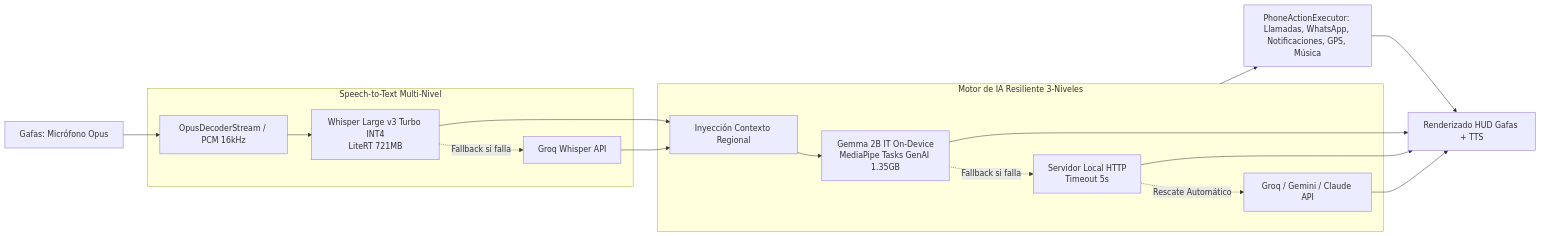
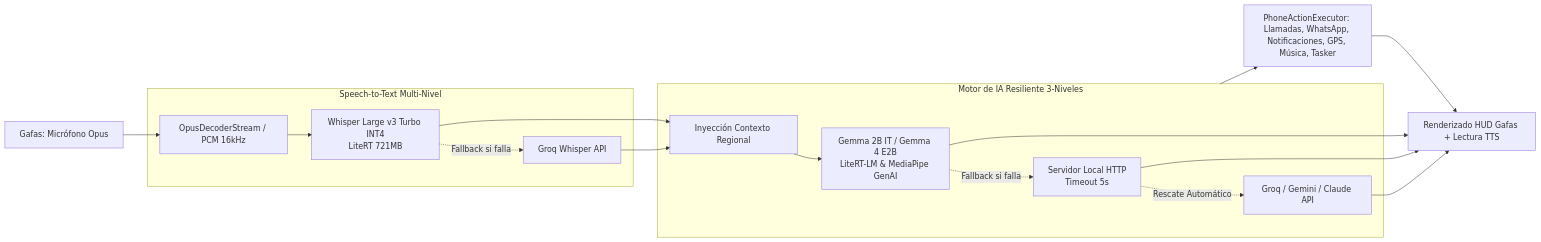
Before and after one commit to ralamgstromg/Meizu-Myvu-Client: the second of 2 diagrams in android-kotlin/README.md, drawn with Mermaid. The commit also changed other lines of this file and 2 other files, not shown here.

Commit message:
docs: actualizar documentacion de android-kotlin, conexion reactiva y manual de plugin Tasker

````diff
--- a/android-kotlin/README.md
+++ b/android-kotlin/README.md
@@ -68,24 +73,24 @@
 ```mermaid
 flowchart LR
     Mic[Gafas: Micrófono Opus] --> Decoder[OpusDecoderStream / PCM 16kHz]
     
     subgraph STT [Speech-to-Text Multi-Nivel]
         Decoder --> STTLocal[Whisper Large v3 Turbo INT4\nLiteRT 721MB]
         STTLocal -.->|Fallback si falla| STTCloud[Groq Whisper API]
     end
     
     subgraph LLM [Motor de IA Resiliente 3-Niveles]
         STTLocal --> PromptContext[Inyección Contexto Regional]
         STTCloud --> PromptContext
-        PromptContext --> LLMLocal[Gemma 2B IT On-Device\nMediaPipe Tasks GenAI 1.35GB]
+        PromptContext --> LLMLocal[Gemma 2B IT / Gemma 4 E2B\nLiteRT-LM & MediaPipe GenAI]
         LLMLocal -.->|Fallback si falla| LLMServer[Servidor Local HTTP\nTimeout 5s]
         LLMServer -.->|Rescate Automático| LLMCloud[Groq / Gemini / Claude API]
     end
     
-    LLM --> Actions[PhoneActionExecutor: Llamadas, WhatsApp, Notificaciones, GPS, Música]
+    LLM --> Actions[PhoneActionExecutor: Llamadas, WhatsApp, Notificaciones, GPS, Música, Tasker]
     Actions --> HUD[Renderizado HUD Gafas + Lectura TTS]
     
-    LLMLocal --> HUD[Renderizado HUD Gafas + TTS]
+    LLMLocal --> HUD
     LLMServer --> HUD
     LLMCloud --> HUD
 ```
````
